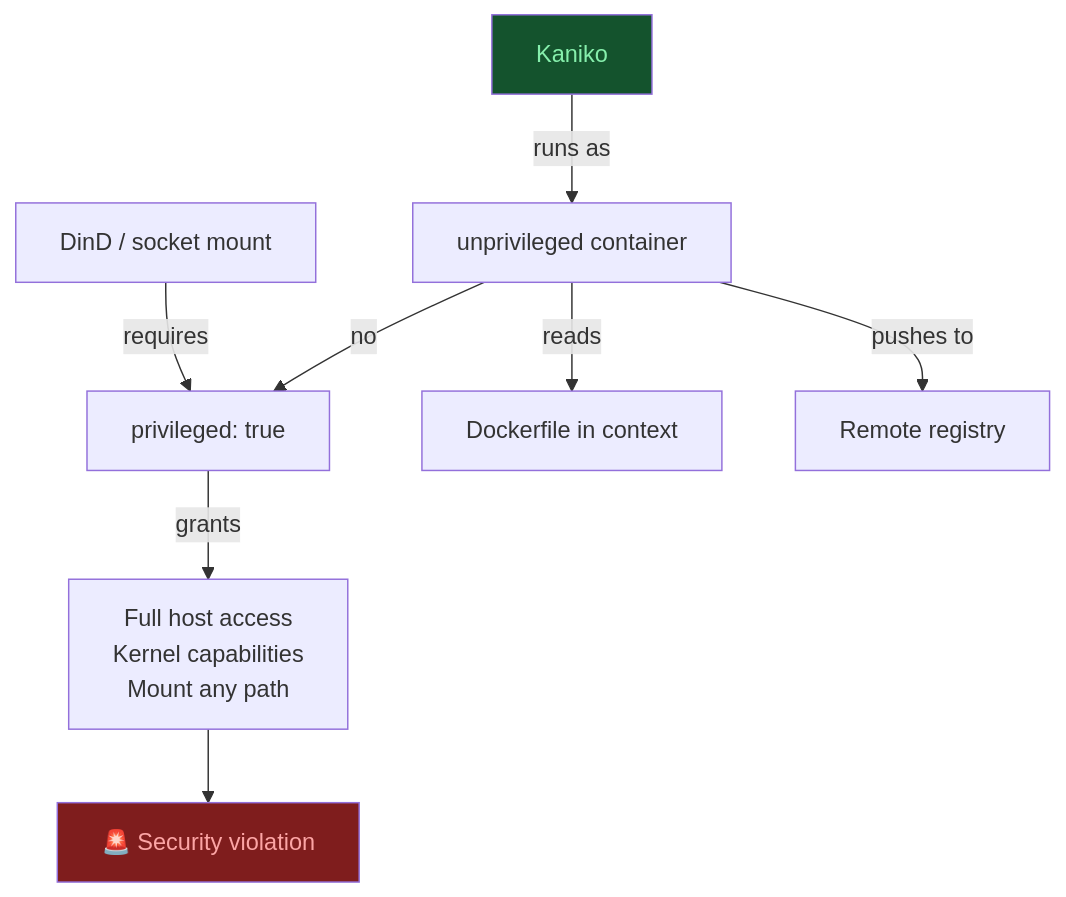
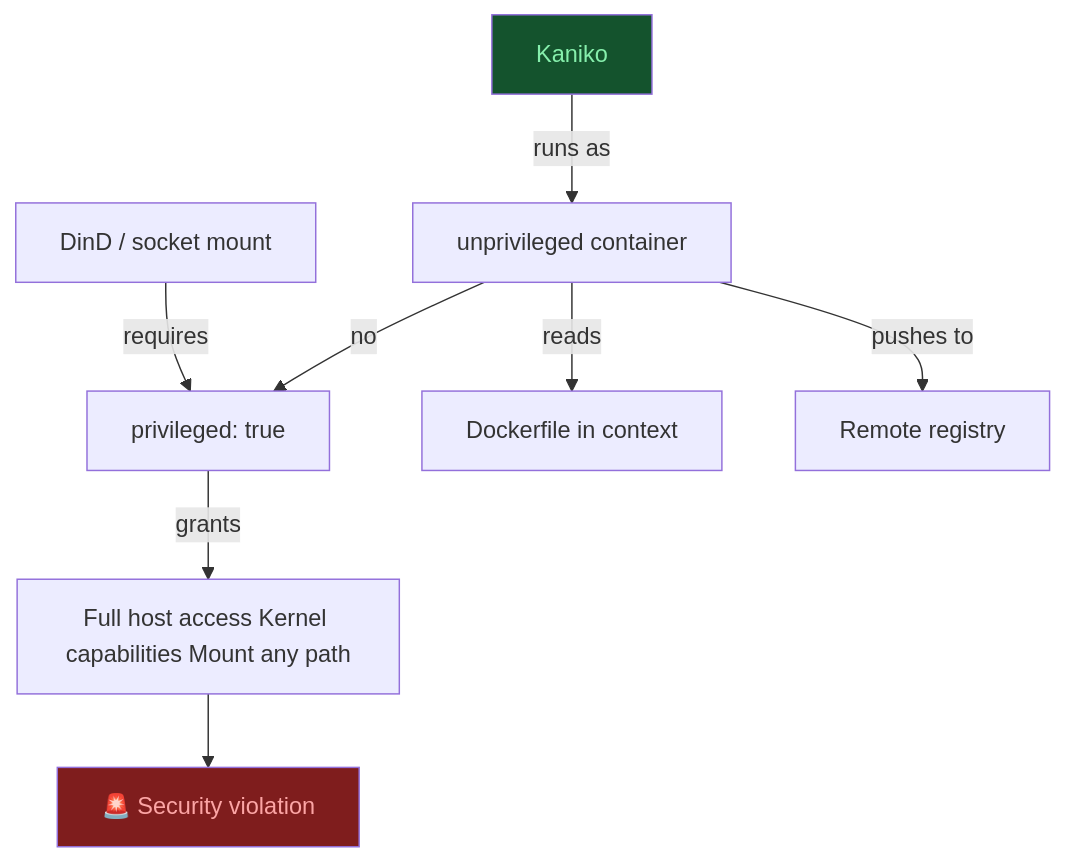
Before and after one commit to UncleJS/course_k3s: the seventh of 7 diagrams in 17_docker_to_k3s/04_docker_gotchas.md, drawn with Mermaid. The commit also changed other lines of this file and 57 other files, not shown here.

````diff
--- a/17_docker_to_k3s/04_docker_gotchas.md
+++ b/17_docker_to_k3s/04_docker_gotchas.md
@@ -630,14 +630,14 @@
 ```mermaid
 flowchart TD
     A[DinD / socket mount] -->|requires| B[privileged: true]
-    B -->|grants| C[Full host access\nKernel capabilities\nMount any path]
+    B -->|grants| C[Full host access Kernel capabilities Mount any path]
     C --> D[🚨 Security violation]
 
     E[Kaniko] -->|runs as| F[unprivileged container]
     F -->|reads| G[Dockerfile in context]
     F -->|pushes to| H[Remote registry]
     F -->|no| B
 
     style D fill:#7f1d1d,color:#fca5a5
     style E fill:#14532d,color:#86efac
 ```
````
